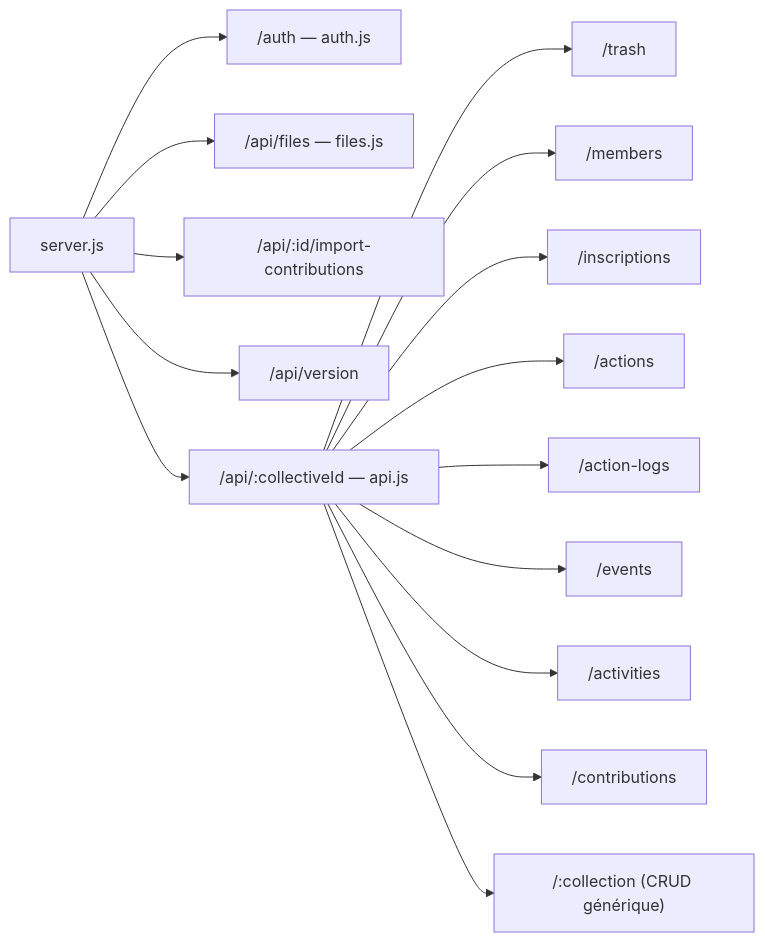
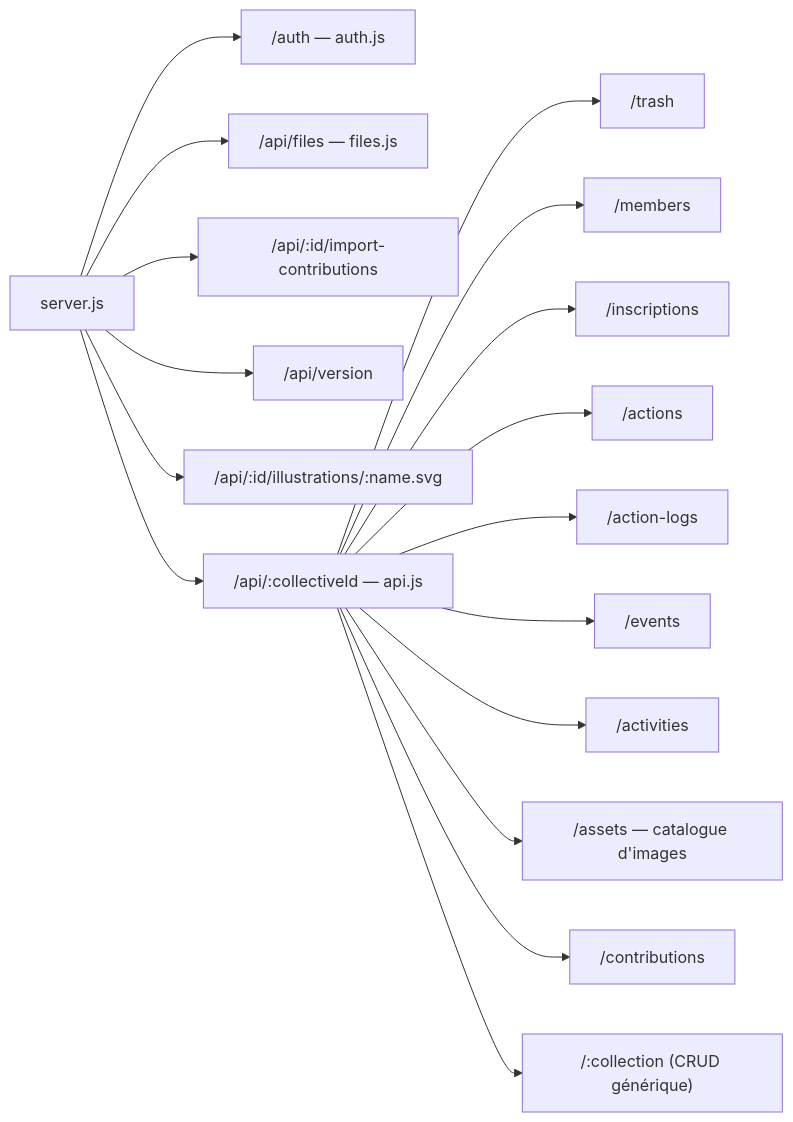
The third of 6 diagrams in ARCHITECTURE.md (IlyaDiallo/fedeeji), drawn with Mermaid before and after one commit. The commit also changed other lines of this file and 1 other file, not shown here.

Commit message:
Documente les illustrations locales et la terminologie des collectifs

````diff
--- a/ARCHITECTURE.md
+++ b/ARCHITECTURE.md
@@ -100,19 +103,21 @@
 ```mermaid
 graph LR
     SERVER["server.js"]
     SERVER --> AUTH_R["/auth — auth.js"]
     SERVER --> FILES_R["/api/files — files.js"]
     SERVER --> IMPORT["/api/:id/import-contributions"]
     SERVER --> VERSION["/api/version"]
+    SERVER --> ILLUSTRATIONS["/api/:id/illustrations/:name.svg"]
     SERVER --> API_R["/api/:collectiveId — api.js"]
 
     API_R --> TRASH["/trash"]
     API_R --> MEMBERS["/members"]
     API_R --> INSCRIPTIONS["/inscriptions"]
     API_R --> ACTIONS["/actions"]
     API_R --> ALOGS["/action-logs"]
     API_R --> EVENTS["/events"]
     API_R --> ACTIVITIES["/activities"]
+    API_R --> ASSETS["/assets — catalogue d'images"]
     API_R --> CONTRIBS["/contributions"]
     API_R --> GENERIC["/:collection (CRUD générique)"]
 ```
````
